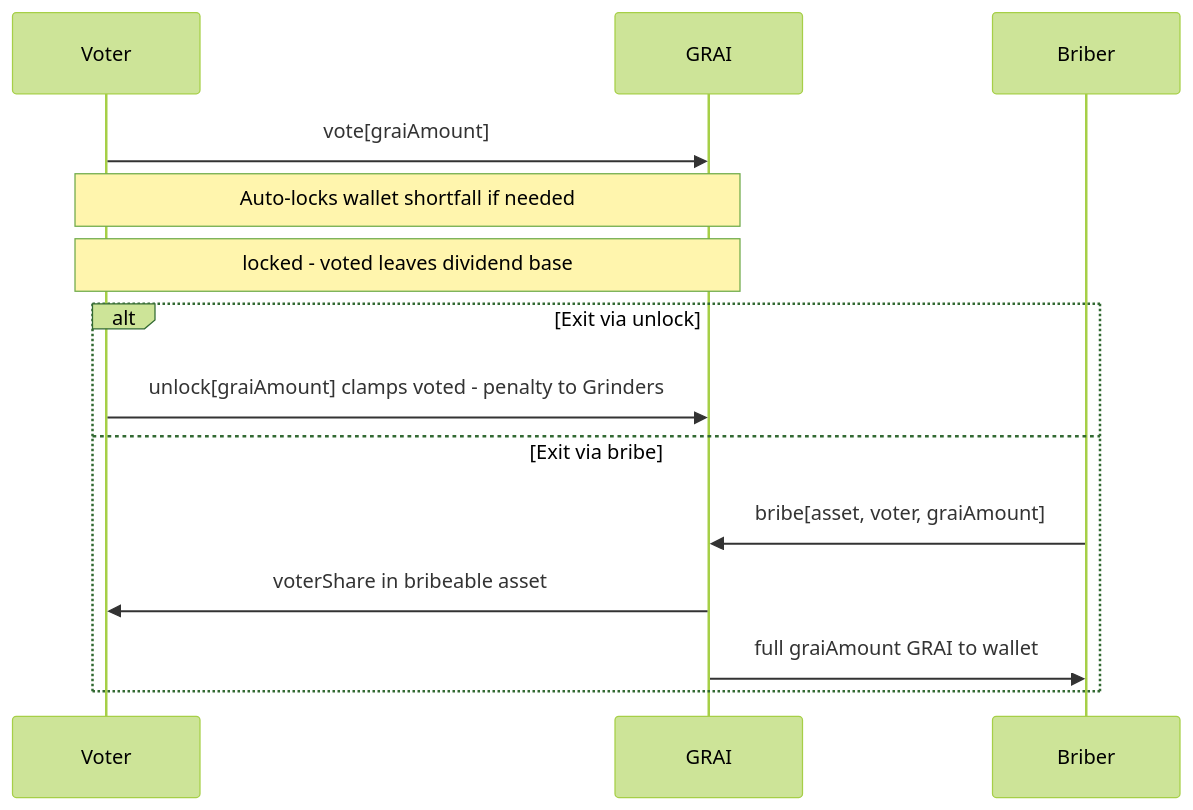
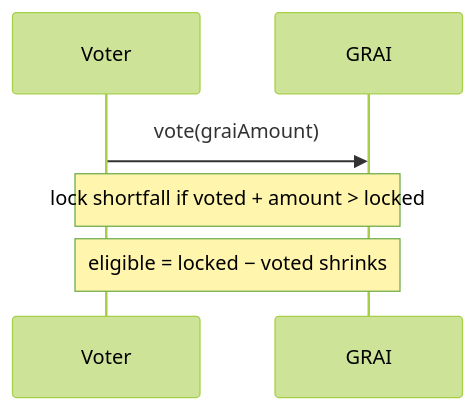
Before and after one commit to grindurus/grindurus-docs: the fourth of 7 diagrams in protocol/grai/mechanics.md, drawn with Mermaid (forest theme). The commit also changed other lines of this file and 15 other files, not shown here.

````diff
--- a/protocol/grai/mechanics.md
+++ b/protocol/grai/mechanics.md
@@ -259,18 +323,9 @@
 ```mermaid
 sequenceDiagram
     participant V as Voter
     participant G as GRAI
-    participant B as Briber
 
-    V->>G: vote[graiAmount]
-    Note over V,G: Auto-locks wallet shortfall if needed
-    Note over V,G: locked - voted leaves dividend base
-
-    alt Exit via unlock
-        V->>G: unlock[graiAmount] clamps voted - penalty to Grinders
-    else Exit via bribe
-        B->>G: bribe[asset, voter, graiAmount]
-        G->>V: voterShare in bribeable asset
-        G->>B: full graiAmount GRAI to wallet
-    end
+    V->>G: vote(graiAmount)
+    Note over V,G: lock shortfall if voted + amount > locked
+    Note over V,G: eligible = locked − voted shrinks
 ```
````
